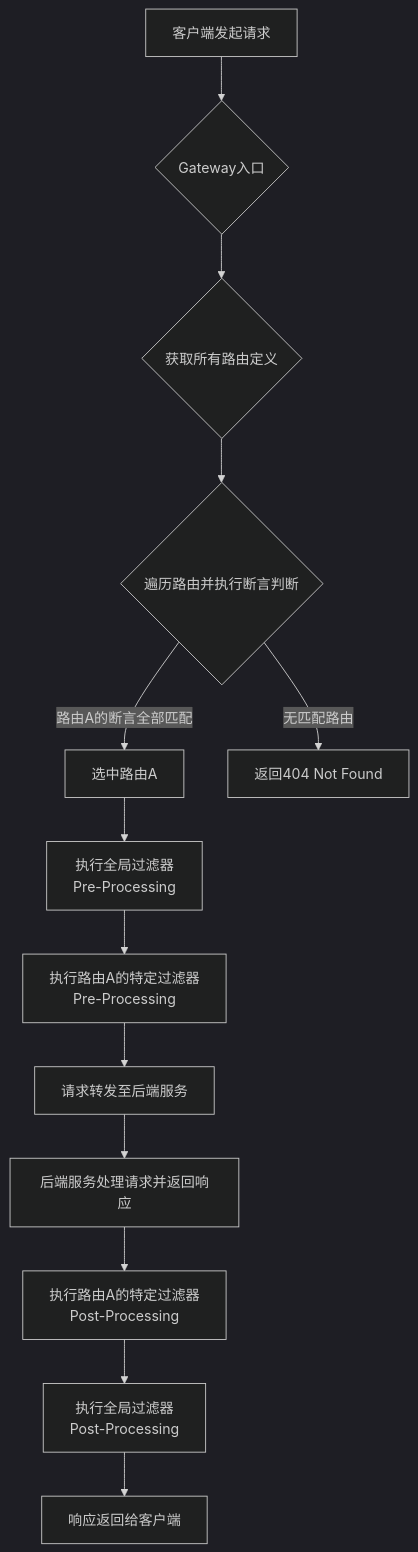
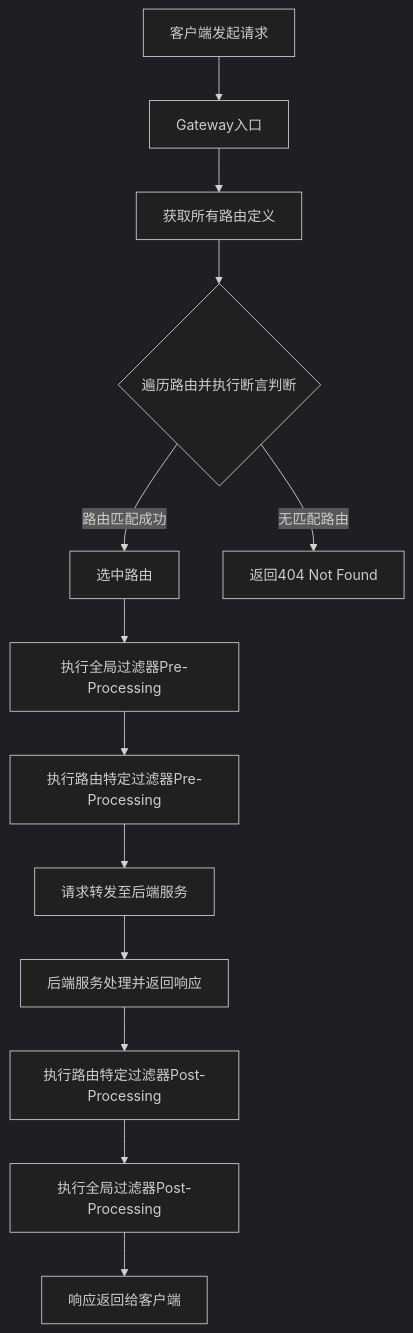
Before and after one commit to DavidHLP/DavidHLP.github.io: the diagram in src/content/posts/springcloud/SpringCloudGateway.md, drawn with Mermaid (dark theme). The commit also changed other lines of this file, not shown here.

````diff
--- a/src/content/posts/springcloud/SpringCloudGateway.md
+++ b/src/content/posts/springcloud/SpringCloudGateway.md
@@ -121,23 +121,15 @@
 ```mermaid
 graph TD
-    A[客户端发起请求] --> B{Gateway入口}
-
-    B --> C{获取所有路由定义}
-
+    A[客户端发起请求] --> B[Gateway入口]
+    B --> C[获取所有路由定义]
     C --> D{遍历路由并执行断言判断}
-
-    D -- 路由A的断言全部匹配 --> E[选中路由A]
-    D -- 无匹配路由 --> F[返回404 Not Found]
-
-    E --> G["执行全局过滤器<br/>Pre-Processing"]
-    G --> H["执行路由A的特定过滤器<br/>Pre-Processing"]
-
+    D -->|路由匹配成功| E[选中路由]
+    D -->|无匹配路由| F[返回404 Not Found]
+    E --> G[执行全局过滤器Pre-Processing]
+    G --> H[执行路由特定过滤器Pre-Processing]
     H --> I[请求转发至后端服务]
-
-    I --> J[后端服务处理请求并返回响应]
-
-    J --> K["执行路由A的特定过滤器<br/>Post-Processing"]
-    K --> L["执行全局过滤器<br/>Post-Processing"]
-
+    I --> J[后端服务处理并返回响应]
+    J --> K[执行路由特定过滤器Post-Processing]
+    K --> L[执行全局过滤器Post-Processing]
     L --> M[响应返回给客户端]
 ```
````
